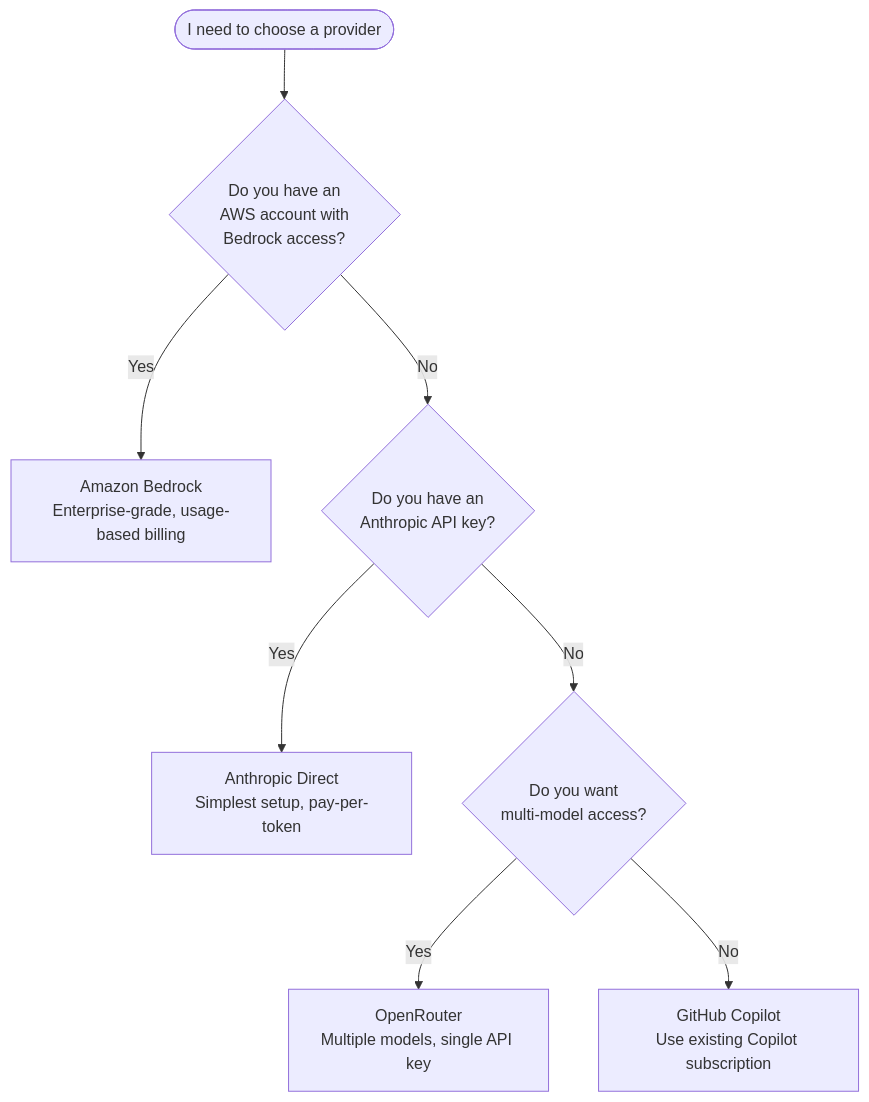
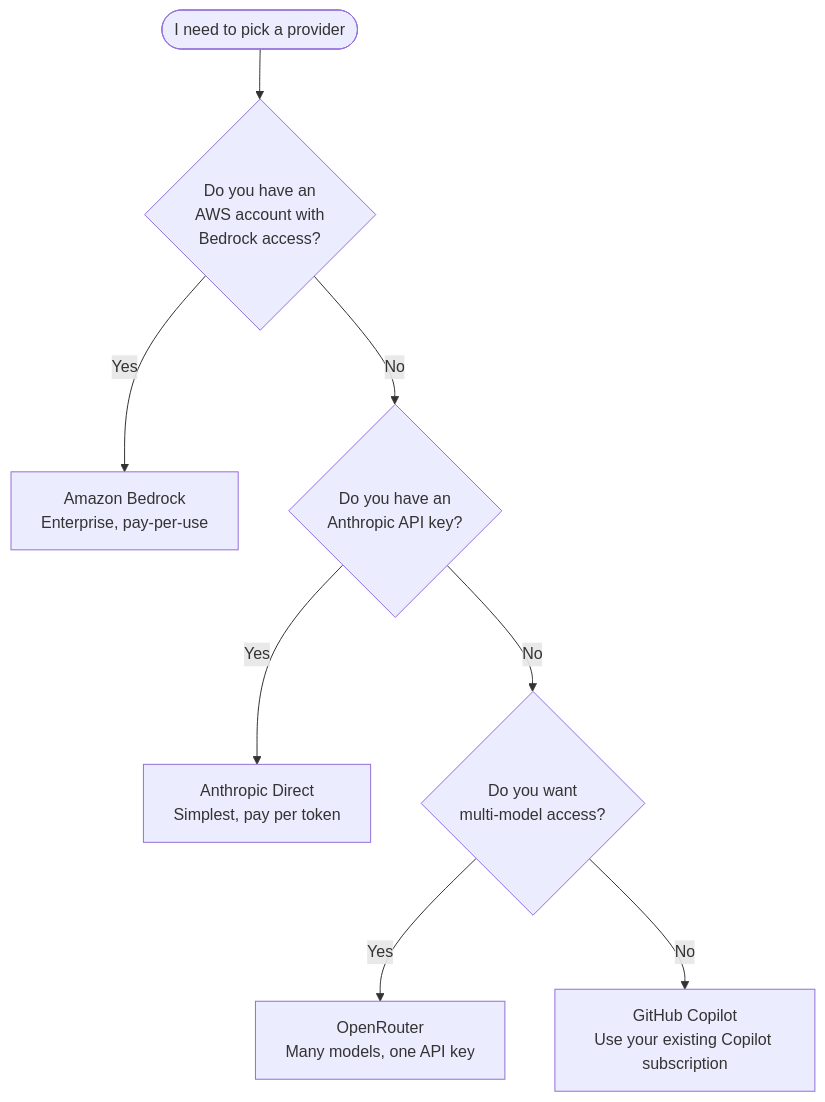
One commit to datichb/openhub changed the diagram in docs/guides/tutorial.en.md. Above: the diagram before and after it, drawn with Mermaid. The commit also changed other lines of this file and 7 other files, not shown here.

````diff
--- a/docs/guides/tutorial.en.md
+++ b/docs/guides/tutorial.en.md
@@ -22,10 +21,10 @@
 ```mermaid
 flowchart TD
-    Start([I need to choose a provider]) --> Q1{Do you have an<br/>AWS account with<br/>Bedrock access?}
-    Q1 -->|Yes| Bedrock[Amazon Bedrock<br/>Enterprise-grade, usage-based billing]
+    Start([I need to pick a provider]) --> Q1{Do you have an<br/>AWS account with<br/>Bedrock access?}
+    Q1 -->|Yes| Bedrock[Amazon Bedrock<br/>Enterprise, pay-per-use]
     Q1 -->|No| Q2{Do you have an<br/>Anthropic API key?}
-    Q2 -->|Yes| Anthropic[Anthropic Direct<br/>Simplest setup, pay-per-token]
+    Q2 -->|Yes| Anthropic[Anthropic Direct<br/>Simplest, pay per token]
     Q2 -->|No| Q3{Do you want<br/>multi-model access?}
-    Q3 -->|Yes| OpenRouter[OpenRouter<br/>Multiple models, single API key]
-    Q3 -->|No| Copilot[GitHub Copilot<br/>Use existing Copilot subscription]
+    Q3 -->|Yes| OpenRouter[OpenRouter<br/>Many models, one API key]
+    Q3 -->|No| Copilot[GitHub Copilot<br/>Use your existing Copilot subscription]
 ```
````
